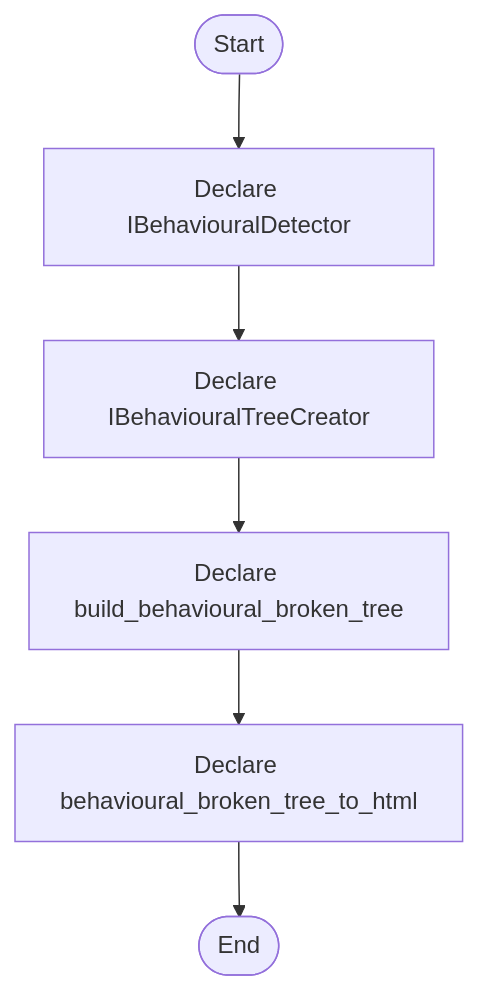
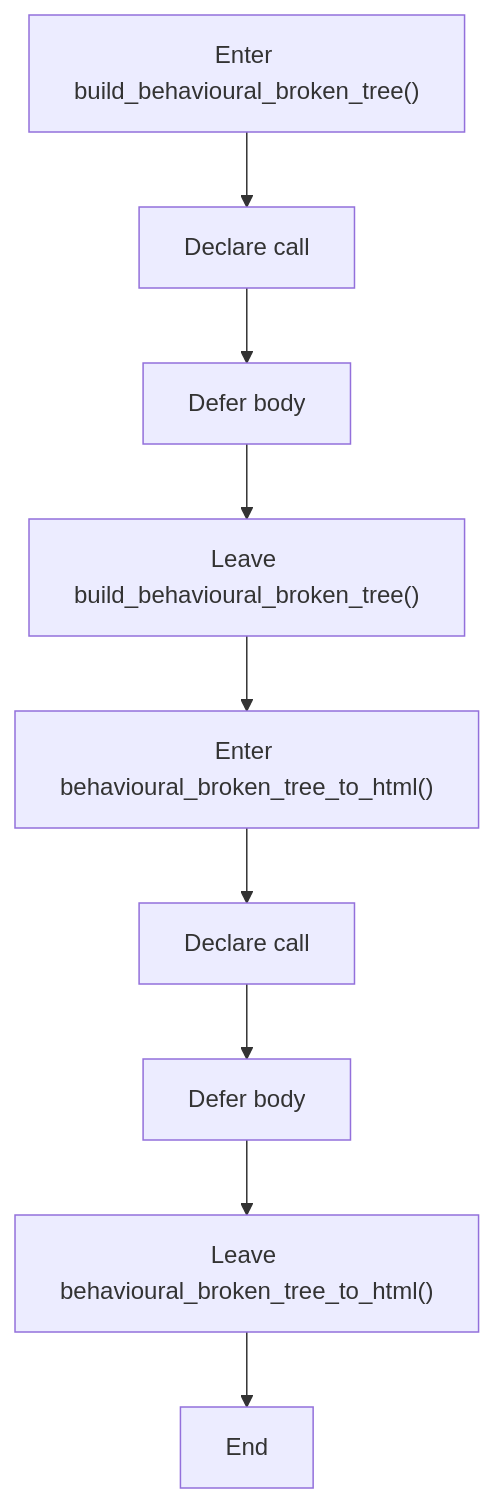
One commit to JohnAndrewBalbarosa/NeoTerritory changed the second of 6 diagrams in docs/Codebase/Microservice/Modules/Header/Behavioural/behavioural_broken_tree.hpp.md. Above: the diagram before and after it, drawn with Mermaid. The commit also changed other lines of this file and 752 other files, not shown here.

````diff
--- a/docs/Codebase/Microservice/Modules/Header/Behavioural/behavioural_broken_tree.hpp.md
+++ b/docs/Codebase/Microservice/Modules/Header/Behavioural/behavioural_broken_tree.hpp.md
@@ -36,14 +49,20 @@
 ```mermaid
 flowchart TD
-    Start([Start])
-    N0[Declare IBehaviouralDetector]
-    N1[Declare IBehaviouralTreeCreator]
-    N2[Declare build_behavioural_broken_tree]
-    N3[Declare behavioural_broken_tree_to_html]
-    End([End])
-    Start --> N0
+    N0["Enter build_behavioural_broken_tree()"]
+    N1["Declare call"]
+    N2["Defer body"]
+    N3["Leave build_behavioural_broken_tree()"]
+    N4["Enter behavioural_broken_tree_to_html()"]
+    N5["Declare call"]
+    N6["Defer body"]
+    N7["Leave behavioural_broken_tree_to_html()"]
+    N8["End"]
     N0 --> N1
     N1 --> N2
     N2 --> N3
-    N3 --> End
+    N3 --> N4
+    N4 --> N5
+    N5 --> N6
+    N6 --> N7
+    N7 --> N8
 ```
````
